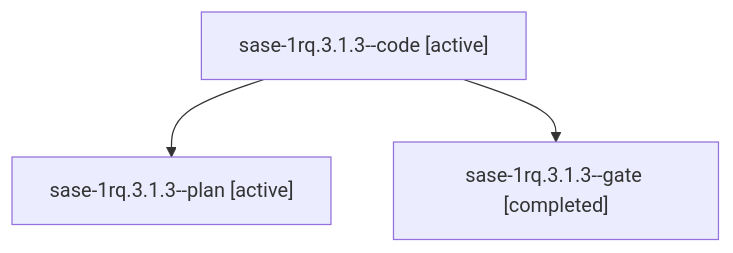
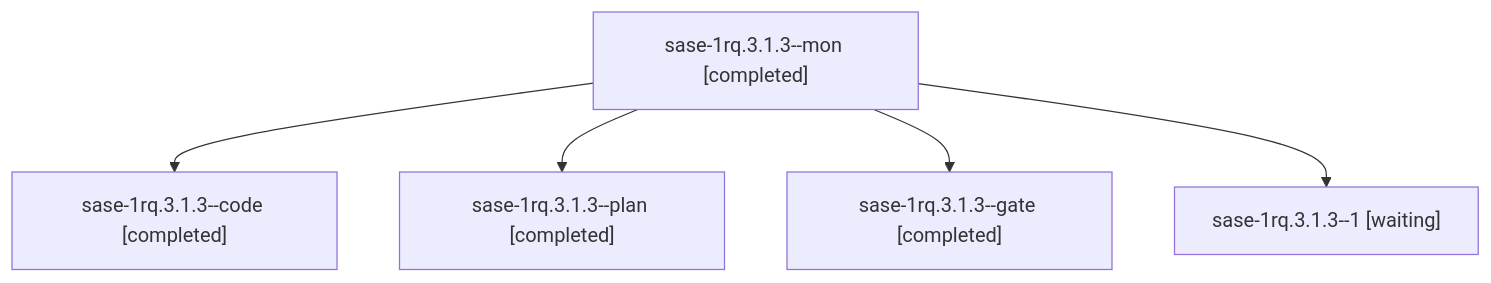
The diagram in sessions/bbugyi200.athena.sase-1rq.3.1.3.md (sase-org/sase--agents), drawn with Mermaid before and after one commit. The commit also changed other lines of this file and 159 other files, not shown here.

````diff
--- a/sessions/bbugyi200.athena.sase-1rq.3.1.3.md
+++ b/sessions/bbugyi200.athena.sase-1rq.3.1.3.md
@@ -9,8 +9,12 @@
 ```mermaid
 flowchart TD
-  n0["sase-1rq.3.1.3--code [active]"]
-  n1["sase-1rq.3.1.3--plan [active]"]
+  n0["sase-1rq.3.1.3--mon [completed]"]
+  n1["sase-1rq.3.1.3--code [completed]"]
   n0 --> n1
-  n2["sase-1rq.3.1.3--gate [completed]"]
+  n2["sase-1rq.3.1.3--plan [completed]"]
   n0 --> n2
+  n3["sase-1rq.3.1.3--gate [completed]"]
+  n0 --> n3
+  n4["sase-1rq.3.1.3--1 [waiting]"]
+  n0 --> n4
 ```
````
